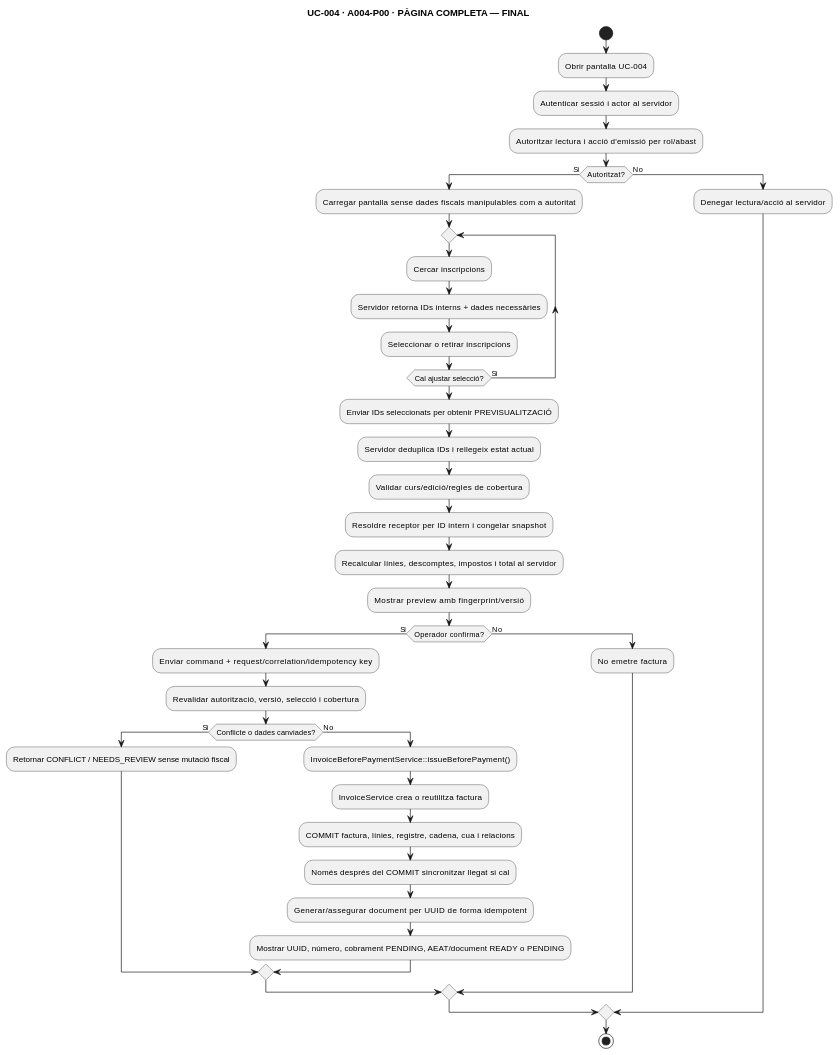
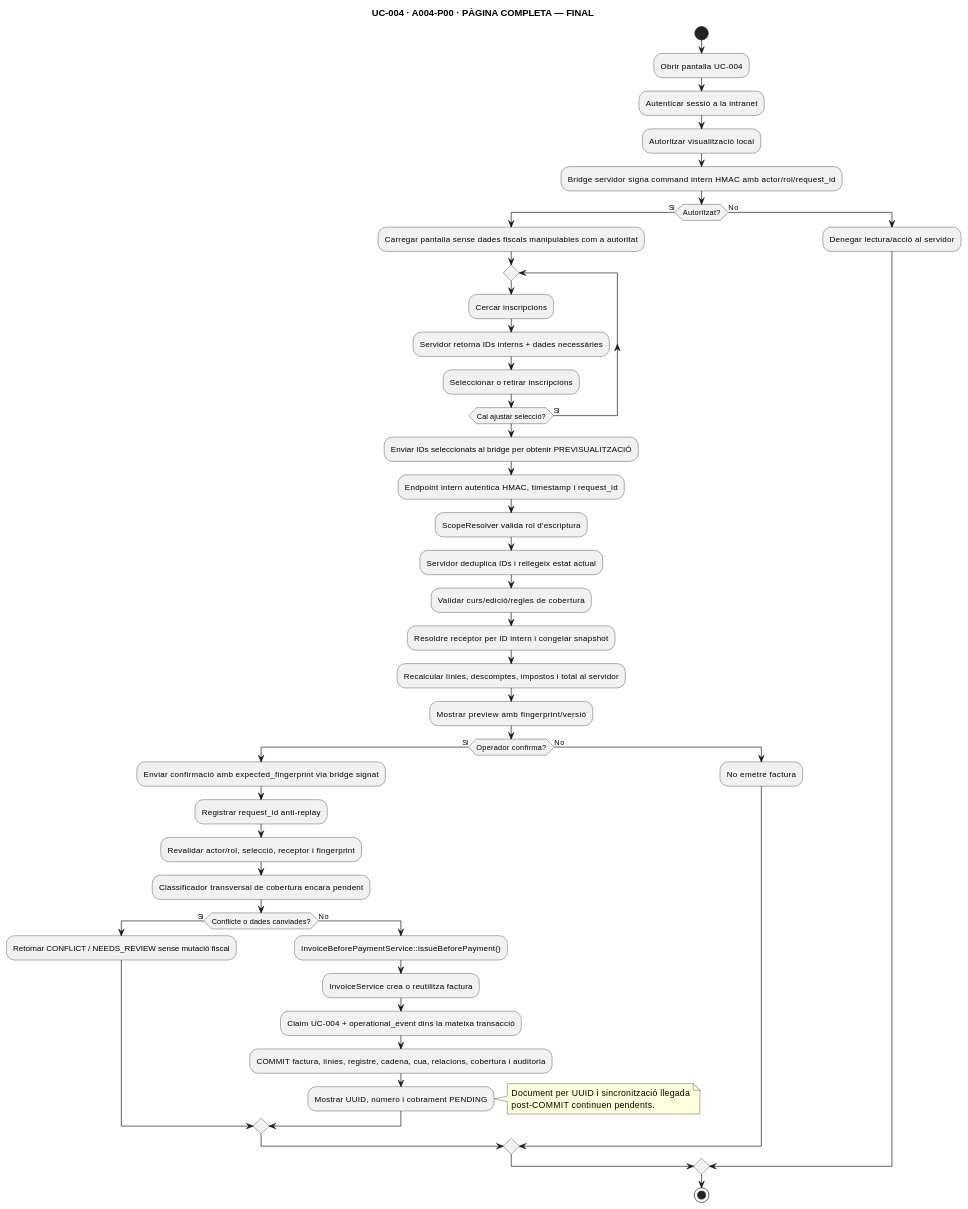
The second of 14 diagrams in documentacio/07-uml-integrat/uc-004-activitats-actual-final.md (orgmeriemprismacat-del/verifactu), drawn with PlantUML before and after one commit. The commit also changed other lines of this file and 6 other files, not shown here.

Commit message:
docs(UC-004): recupera UML ACTUAL/FINAL i traçabilitat reconciliada

````diff
--- a/documentacio/07-uml-integrat/uc-004-activitats-actual-final.md
+++ b/documentacio/07-uml-integrat/uc-004-activitats-actual-final.md
@@ -96,44 +98,52 @@
 ```plantuml
 @startuml
 title UC-004 · A004-P00 · PÀGINA COMPLETA — FINAL
 start
 :Obrir pantalla UC-004;
-:Autenticar sessió i actor al servidor;
-:Autoritzar lectura i acció d'emissió per rol/abast;
+:Autenticar sessió a la intranet;
+:Autoritzar visualització local;
+:Bridge servidor signa command intern HMAC amb actor/rol/request_id;
 if (Autoritzat?) then (Sí)
   :Carregar pantalla sense dades fiscals manipulables com a autoritat;
   repeat
     :Cercar inscripcions;
     :Servidor retorna IDs interns + dades necessàries;
     :Seleccionar o retirar inscripcions;
   repeat while (Cal ajustar selecció?) is (Sí)
 
-  :Enviar IDs seleccionats per obtenir PREVISUALITZACIÓ;
+  :Enviar IDs seleccionats al bridge per obtenir PREVISUALITZACIÓ;
+  :Endpoint intern autentica HMAC, timestamp i request_id;
+  :ScopeResolver valida rol d'escriptura;
   :Servidor deduplica IDs i rellegeix estat actual;
   :Validar curs/edició/regles de cobertura;
   :Resoldre receptor per ID intern i congelar snapshot;
   :Recalcular línies, descomptes, impostos i total al servidor;
   :Mostrar preview amb fingerprint/versió;
 
   if (Operador confirma?) then (Sí)
-    :Enviar command + request/correlation/idempotency key;
-    :Revalidar autorització, versió, selecció i cobertura;
+    :Enviar confirmació amb expected_fingerprint via bridge signat;
+    :Registrar request_id anti-replay;
+    :Revalidar actor/rol, selecció, receptor i fingerprint;
+    :Classificador transversal de cobertura encara pendent;
     if (Conflicte o dades canviades?) then (Sí)
       :Retornar CONFLICT / NEEDS_REVIEW sense mutació fiscal;
     else (No)
       :InvoiceBeforePaymentService::issueBeforePayment();
       :InvoiceService crea o reutilitza factura;
-      :COMMIT factura, línies, registre, cadena, cua i relacions;
-      :Només després del COMMIT sincronitzar llegat si cal;
-      :Generar/assegurar document per UUID de forma idempotent;
-      :Mostrar UUID, número, cobrament PENDING, AEAT/document READY o PENDING;
+      :Claim UC-004 + operational_event dins la mateixa transacció;
+      :COMMIT factura, línies, registre, cadena, cua, relacions, cobertura i auditoria;
+      :Mostrar UUID, número i cobrament PENDING;
+      note right
+        Document per UUID i sincronització llegada
+        post-COMMIT continuen pendents.
+      end note
     endif
   else (No)
     :No emetre factura;
   endif
 else (No)
   :Denegar lectura/acció al servidor;
 endif
 stop
 @enduml
 ```
````
